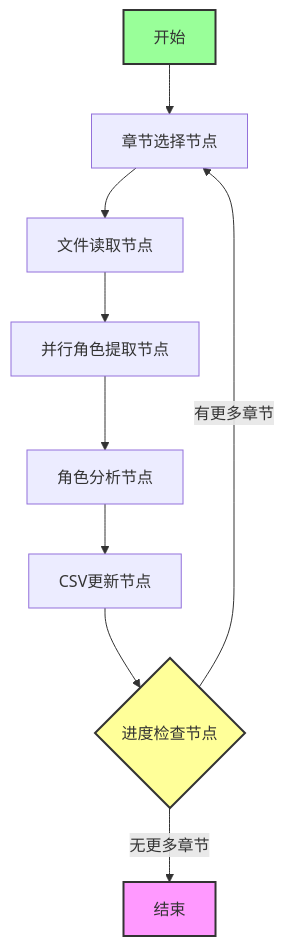
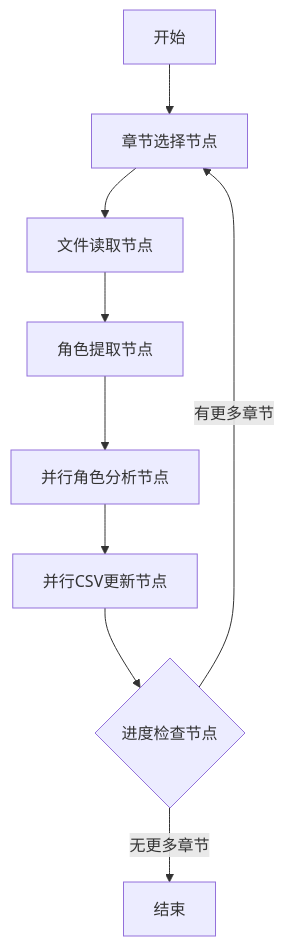
One commit to xueanxi/sharebook changed the first of 8 diagrams in docs/角色提取设计.md. Above: the diagram before and after it, drawn with Mermaid. The commit also changed other lines of this file and 1 other file, not shown here.

````diff
--- a/docs/角色提取设计.md
+++ b/docs/角色提取设计.md
@@ -9,15 +9,11 @@
 ```mermaid
 graph TB
     A[开始] --> B[章节选择节点]
     B --> C[文件读取节点]
-    C --> D[并行角色提取节点]
-    D --> E[角色分析节点]
-    E --> F[CSV更新节点]
+    C --> D[角色提取节点]
+    D --> E[并行角色分析节点]
+    E --> F[并行CSV更新节点]
     F --> G{进度检查节点}
     G -->|有更多章节| B
     G -->|无更多章节| H[结束]
-    
-    style A fill:#9f9,stroke:#333,stroke-width:2px
-    style H fill:#f9f,stroke:#333,stroke-width:2px
-    style G fill:#ff9,stroke:#333,stroke-width:2px
 ```
````
